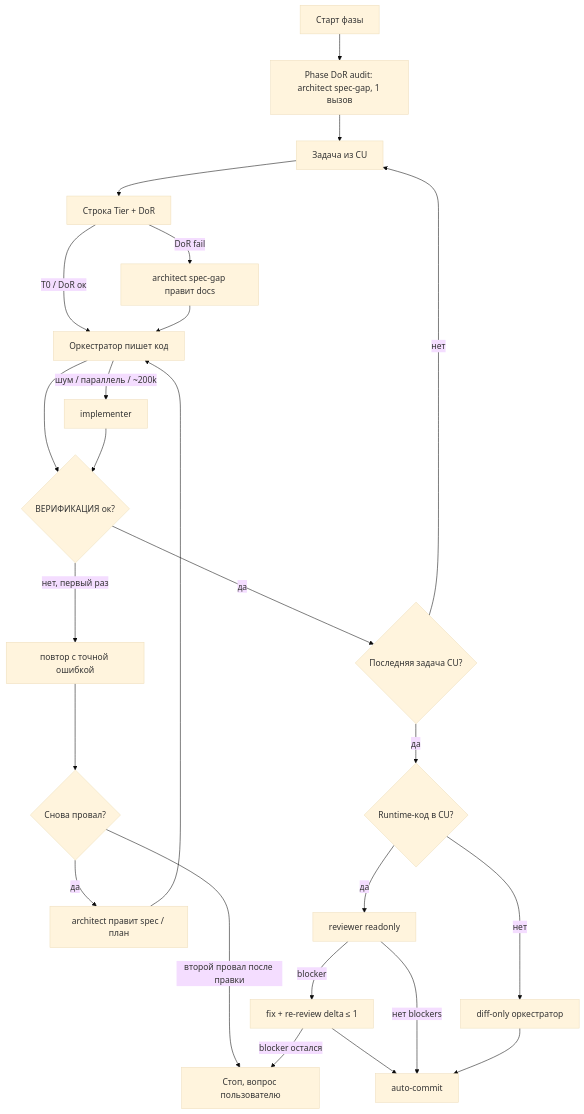
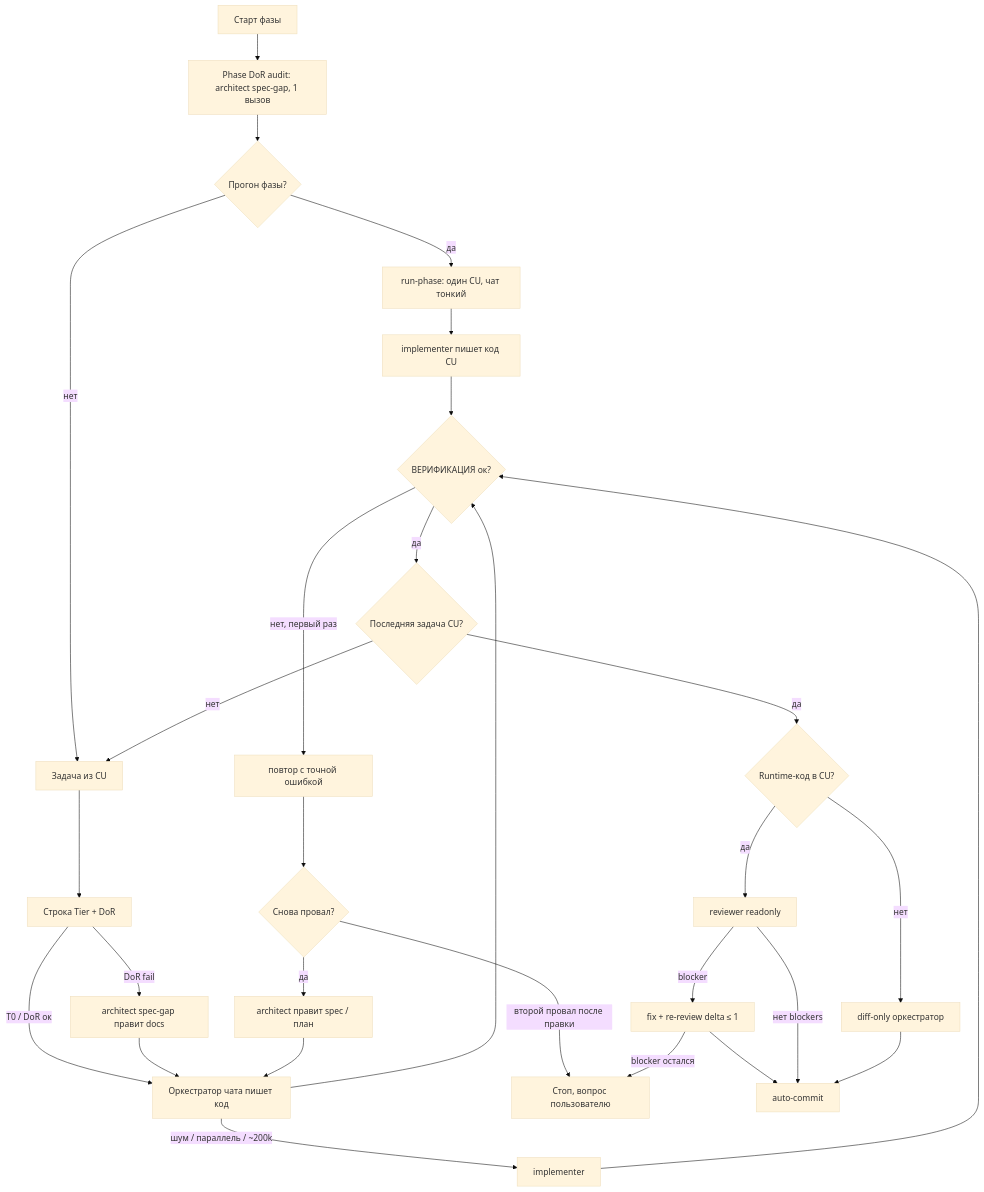
Before and after one commit to stallev/ai_first_tmp: the diagram in docs/meta/ai_agent_model_routing.md, drawn with Mermaid (base theme). The commit also changed other lines of this file and 17 other files, not shown here.

````diff
--- a/docs/meta/ai_agent_model_routing.md
+++ b/docs/meta/ai_agent_model_routing.md
@@ -118,27 +131,31 @@
 ```mermaid
 flowchart TD
   phase[Старт фазы] --> audit[Phase DoR audit: architect spec-gap, 1 вызов]
-  audit --> task[Задача из CU]
+  audit --> mode{Прогон фазы?}
+  mode -->|да| driver[run-phase: один CU, чат тонкий]
+  driver --> implCU[implementer пишет код CU]
+  implCU --> verify{ВЕРИФИКАЦИЯ ок?}
+  mode -->|нет| task[Задача из CU]
   task --> tier[Строка Tier + DoR]
-  tier -->|T0 / DoR ок| code[Оркестратор пишет код]
+  tier -->|T0 / DoR ок| code[Оркестратор чата пишет код]
   tier -->|DoR fail| gap[architect spec-gap правит docs]
   gap --> code
   code -->|шум / параллель / ~200k| impl[implementer]
-  code --> verify{ВЕРИФИКАЦИЯ ок?}
+  code --> verify
   impl --> verify
   verify -->|нет, первый раз| retry[повтор с точной ошибкой]
   retry --> verify2{Снова провал?}
   verify2 -->|да| amend[architect правит spec / план]
   amend --> code
   verify2 -->|второй провал после правки| ask[Стоп, вопрос пользователю]
   verify -->|да| last{Последняя задача CU?}
   last -->|нет| task
   last -->|да| rev{Runtime-код в CU?}
   rev -->|да| reviewer[reviewer readonly]
   rev -->|нет| diffonly[diff-only оркестратор]
   reviewer -->|blocker| fix[fix + re-review delta ≤ 1]
   fix -->|blocker остался| ask
   fix --> commit[auto-commit]
   reviewer -->|нет blockers| commit
   diffonly --> commit
 ```
````
